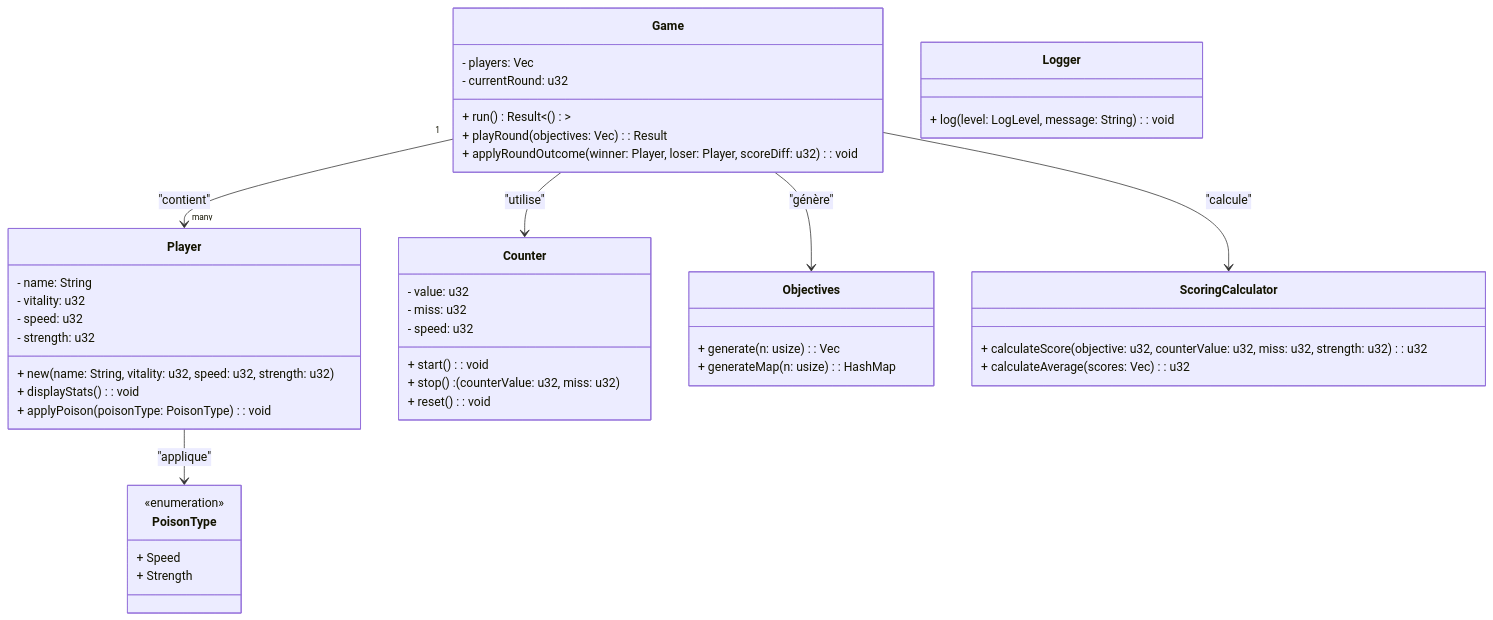
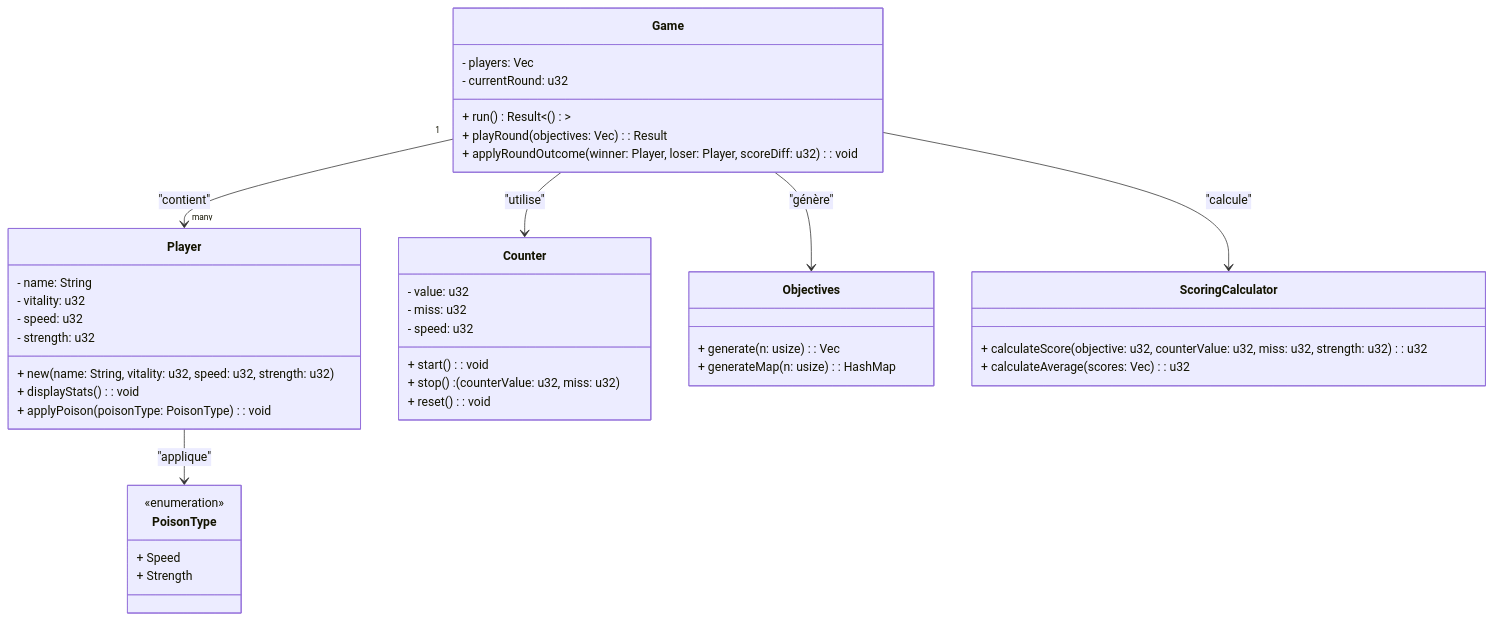
Before and after one commit to BNJ02/dual_game: the diagram in readme.md, drawn with Mermaid. The commit also changed other lines of this file and 2 other files, not shown here.

Commit message:
Version finale code

````diff
--- a/readme.md
+++ b/readme.md
@@ -57,63 +58,58 @@
 ```mermaid
 classDiagram
         %% Classe principale qui orchestre le jeu
         class Game {
                 - players: Vec<Player>
                 - currentRound: u32
                 + run() : Result<()>
                 + playRound(objectives: Vec<u32>) : Result<Score>
                 + applyRoundOutcome(winner: Player, loser: Player, scoreDiff: u32) : void
         }
 
         %% Classe représentant un joueur
         class Player {
                 - name: String
                 - vitality: u32
                 - speed: u32
                 - strength: u32
                 + new(name: String, vitality: u32, speed: u32, strength: u32)
                 + displayStats() : void
                 + applyPoison(poisonType: PoisonType) : void
         }
 
         %% Classe pour gérer le compteur et son affichage via un thread dédié
         class Counter {
                 - value: u32
                 - miss: u32
                 - speed: u32
                 + start() : void
                 + stop() : (counterValue: u32, miss: u32)
                 + reset() : void
         }
 
         %% Module de génération d'objectifs aléatoires
         class Objectives {
                 + generate(n: usize) : Vec<u32>
                 + generateMap(n: usize) : HashMap<char, u32>
         }
 
         %% Module de calcul des scores
         class ScoringCalculator {
                 + calculateScore(objective: u32, counterValue: u32, miss: u32, strength: u32) : u32
                 + calculateAverage(scores: Vec<u32>) : u32
         }
 
         %% Enumération des types de poison
         class PoisonType {
                 <<enumeration>>
                 + Speed
                 + Strength
         }
 
-        %% Exemple d'une classe utilitaire pour le logging
-        class Logger {
-                + log(level: LogLevel, message: String) : void
-        }
-
         %% Associations et dépendances entre classes
         Game "1" --> "many" Player : "contient"
         Game --> Counter : "utilise"
         Game --> Objectives : "génère"
         Game --> ScoringCalculator : "calcule"
         Player --> PoisonType : "applique"
 ```
````
